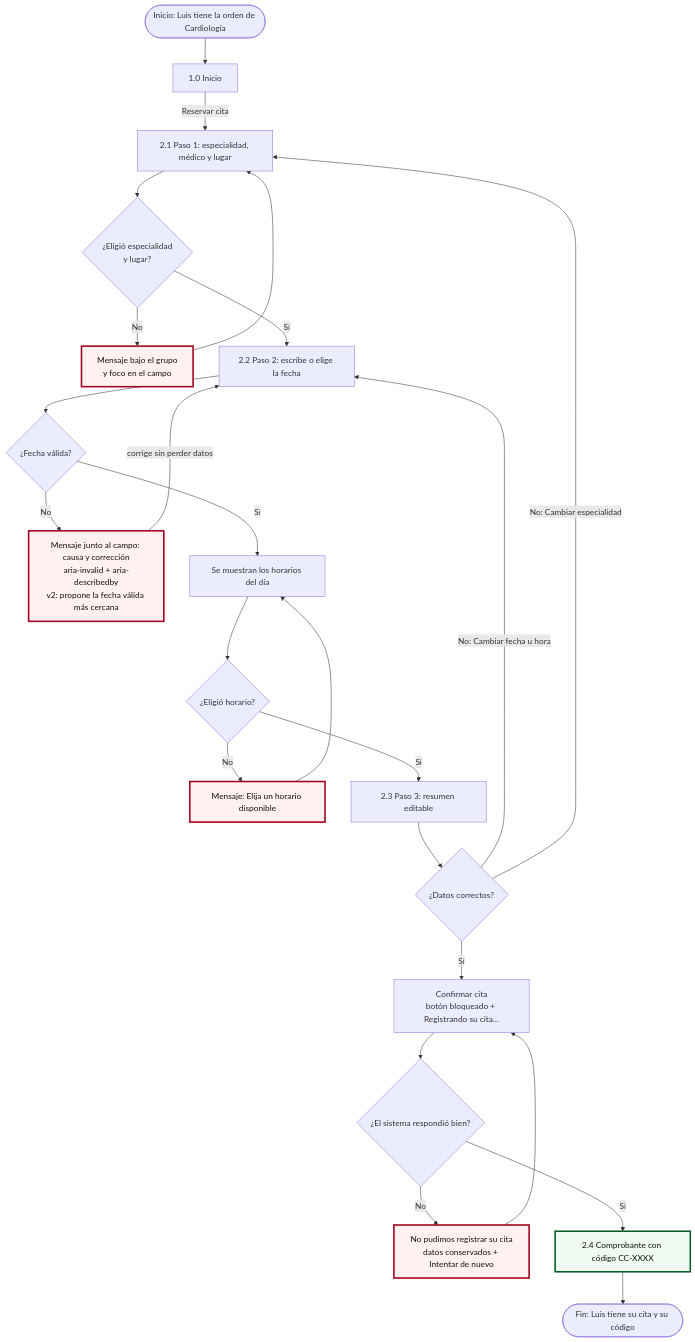
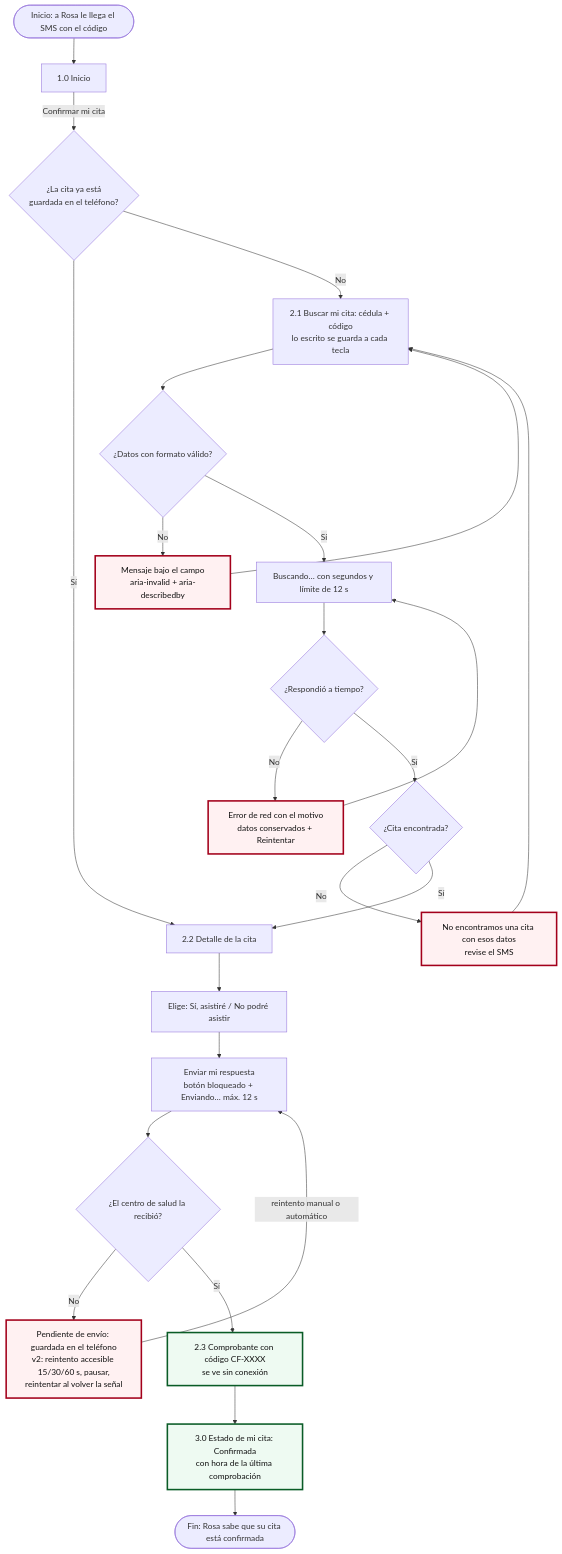
Before and after one commit to VK0691/PruebaPracticaU1P2: the diagram in diagramas/user-flow.mmd, drawn with Mermaid. The commit also changed 12 other files, not shown here.

```diff
--- a/diagramas/user-flow.mmd
+++ b/diagramas/user-flow.mmd
@@ -1,26 +1,26 @@
 flowchart TD
-  A([Inicio: Luis tiene la orden de Cardiología]) --> B[1.0 Inicio]
-  B -->|Reservar cita| C[2.1 Paso 1: especialidad, médico y lugar]
-  C --> D{¿Eligió especialidad<br/>y lugar?}
-  D -- No --> D1[Mensaje bajo el grupo<br/>y foco en el campo]:::error
-  D1 --> C
-  D -- Sí --> E[2.2 Paso 2: escribe o elige la fecha]
-  E --> F{¿Fecha válida?}
-  F -- No --> F1[Mensaje junto al campo: causa y corrección<br/>aria-invalid + aria-describedby<br/>v2: propone la fecha válida más cercana]:::error
-  F1 -->|corrige sin perder datos| E
-  F -- Sí --> G[Se muestran los horarios del día]
-  G --> H{¿Eligió horario?}
-  H -- No --> H1[Mensaje: Elija un horario disponible]:::error
-  H1 --> G
-  H -- Sí --> I[2.3 Paso 3: resumen editable]
-  I --> J{¿Datos correctos?}
-  J -- No: Cambiar fecha u hora --> E
-  J -- No: Cambiar especialidad --> C
-  J -- Sí --> K[Confirmar cita<br/>botón bloqueado + Registrando su cita…]
-  K --> L{¿El sistema respondió bien?}
-  L -- No --> L1[No pudimos registrar su cita<br/>datos conservados + Intentar de nuevo]:::error
-  L1 --> K
-  L -- Sí --> M[2.4 Comprobante con código CC-XXXX]:::exito
-  M --> N([Fin: Luis tiene su cita y su código])
+  A([Inicio: a Rosa le llega el SMS con el código]) --> B[1.0 Inicio]
+  B -->|Confirmar mi cita| C{¿La cita ya está<br/>guardada en el teléfono?}
+  C -- Sí --> G[2.2 Detalle de la cita]
+  C -- No --> D[2.1 Buscar mi cita: cédula + código<br/>lo escrito se guarda a cada tecla]
+  D --> E{¿Datos con formato válido?}
+  E -- No --> E1[Mensaje bajo el campo<br/>aria-invalid + aria-describedby]:::error
+  E1 --> D
+  E -- Sí --> F[Buscando… con segundos y límite de 12 s]
+  F --> F2{¿Respondió a tiempo?}
+  F2 -- No --> F3[Error de red con el motivo<br/>datos conservados + Reintentar]:::error
+  F3 --> F
+  F2 -- Sí --> F4{¿Cita encontrada?}
+  F4 -- No --> F5[No encontramos una cita con esos datos<br/>revise el SMS]:::error
+  F5 --> D
+  F4 -- Sí --> G
+  G --> H[Elige: Sí, asistiré / No podré asistir]
+  H --> I[Enviar mi respuesta<br/>botón bloqueado + Enviando… máx. 12 s]
+  I --> J{¿El centro de salud la recibió?}
+  J -- No --> K[Pendiente de envío: guardada en el teléfono<br/>v2: reintento accesible 15/30/60 s, pausar,<br/>reintentar al volver la señal]:::error
+  K -->|reintento manual o automático| I
+  J -- Sí --> L[2.3 Comprobante con código CF-XXXX<br/>se ve sin conexión]:::exito
+  L --> M[3.0 Estado de mi cita: Confirmada<br/>con hora de la última comprobación]:::exito
+  M --> N([Fin: Rosa sabe que su cita está confirmada])
   classDef error fill:#fff1f2,stroke:#a3001b,stroke-width:3px,color:#111
   classDef exito fill:#eefaf2,stroke:#0a5c27,stroke-width:3px,color:#111
```
